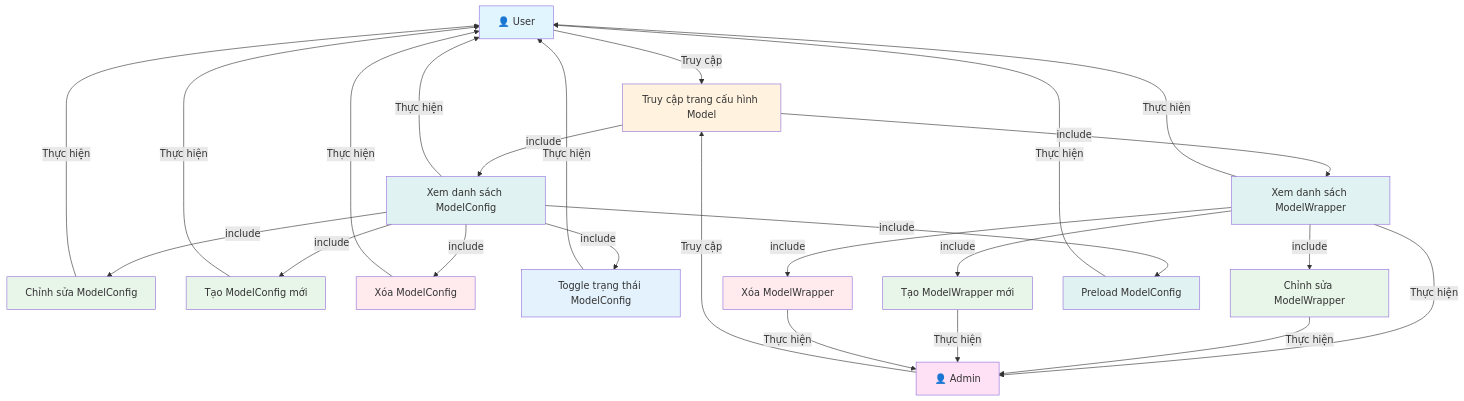
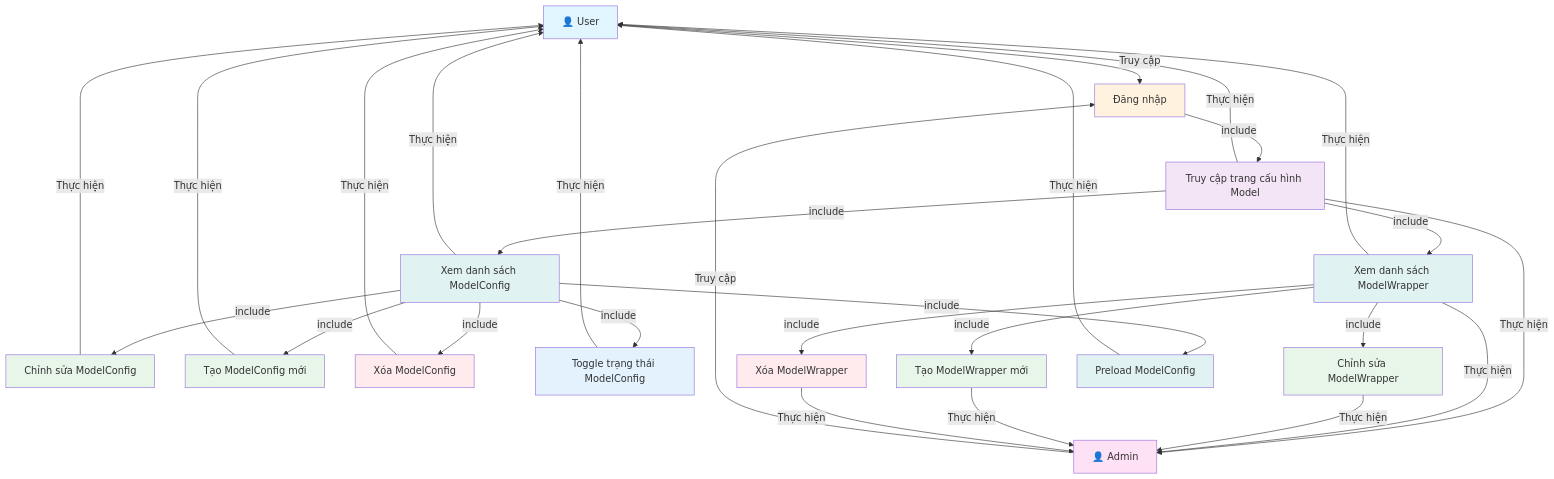
The diagram in model_config/1_model_config_usecase.md (mduc-2610/gp_doc), drawn with Mermaid before and after one commit. The commit also changed other lines of this file and 9 other files, not shown here.

````diff
--- a/model_config/1_model_config_usecase.md
+++ b/model_config/1_model_config_usecase.md
@@ -3,66 +3,72 @@
 ```mermaid
 graph TB
     Actor["👤 User"]
     AdminActor["👤 Admin"]
     
+    Login["Đăng nhập"]
     AccessModelConfigPage["Truy cập trang cấu hình Model"]
     ViewModelConfigList["Xem danh sách ModelConfig"]
     ViewWrapperList["Xem danh sách ModelWrapper"]
     EditModelConfig["Chỉnh sửa ModelConfig"]
     CreateModelConfig["Tạo ModelConfig mới"]
     DeleteModelConfig["Xóa ModelConfig"]
     ToggleModelConfig["Toggle trạng thái ModelConfig"]
     
     EditWrapper["Chỉnh sửa ModelWrapper"]
     CreateWrapper["Tạo ModelWrapper mới"]
     DeleteWrapper["Xóa ModelWrapper"]
     PreloadModelConfig["Preload ModelConfig"]
     
-    Actor -->|Truy cập| AccessModelConfigPage
-    AdminActor -->|Truy cập| AccessModelConfigPage
+    Actor -->|Truy cập| Login
+    AdminActor -->|Truy cập| Login
+    
+    Login -->|include| AccessModelConfigPage
+    AccessModelConfigPage -->|Thực hiện| Actor
+    AccessModelConfigPage -->|Thực hiện| AdminActor
     
     AccessModelConfigPage -->|include| ViewModelConfigList
     ViewModelConfigList -->|Thực hiện| Actor
     
     AccessModelConfigPage -->|include| ViewWrapperList
     ViewWrapperList -->|Thực hiện| Actor
     ViewWrapperList -->|Thực hiện| AdminActor
     
     ViewModelConfigList -->|include| EditModelConfig
     EditModelConfig -->|Thực hiện| Actor
     
     ViewModelConfigList -->|include| CreateModelConfig
     CreateModelConfig -->|Thực hiện| Actor
     
     ViewModelConfigList -->|include| DeleteModelConfig
     DeleteModelConfig -->|Thực hiện| Actor
     
     ViewModelConfigList -->|include| ToggleModelConfig
     ToggleModelConfig -->|Thực hiện| Actor
     
     ViewModelConfigList -->|include| PreloadModelConfig
     PreloadModelConfig -->|Thực hiện| Actor
     
     ViewWrapperList -->|include| EditWrapper
     EditWrapper -->|Thực hiện| AdminActor
     
     ViewWrapperList -->|include| CreateWrapper
     CreateWrapper -->|Thực hiện| AdminActor
     
     ViewWrapperList -->|include| DeleteWrapper
     DeleteWrapper -->|Thực hiện| AdminActor
     
     style Actor fill:#e1f5ff
     style AdminActor fill:#ffe1f5
-    style AccessModelConfigPage fill:#fff3e0
+    style Login fill:#fff3e0
+    style AccessModelConfigPage fill:#f3e5f5
     style ViewModelConfigList fill:#e0f2f1
     style ViewWrapperList fill:#e0f2f1
     style EditModelConfig fill:#e8f5e9
     style CreateModelConfig fill:#e8f5e9
     style DeleteModelConfig fill:#ffebee
     style ToggleModelConfig fill:#e3f2fd
     style EditWrapper fill:#e8f5e9
     style CreateWrapper fill:#e8f5e9
     style DeleteWrapper fill:#ffebee
     style PreloadModelConfig fill:#e0f2f1
 ```
````
